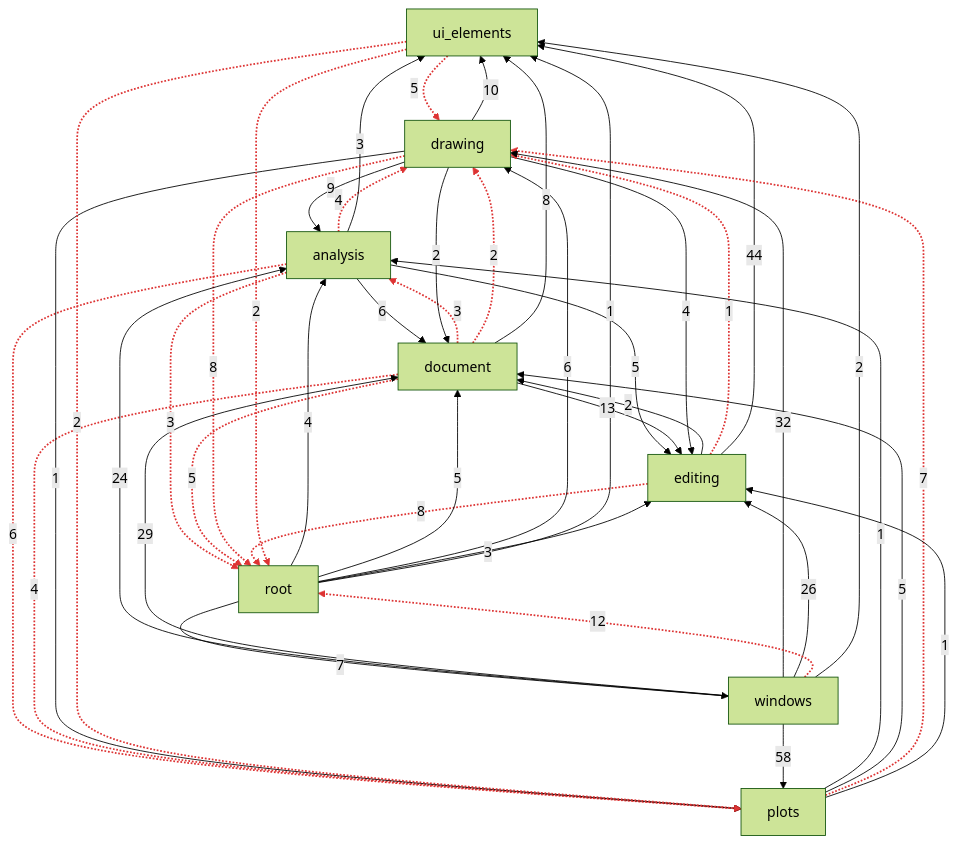
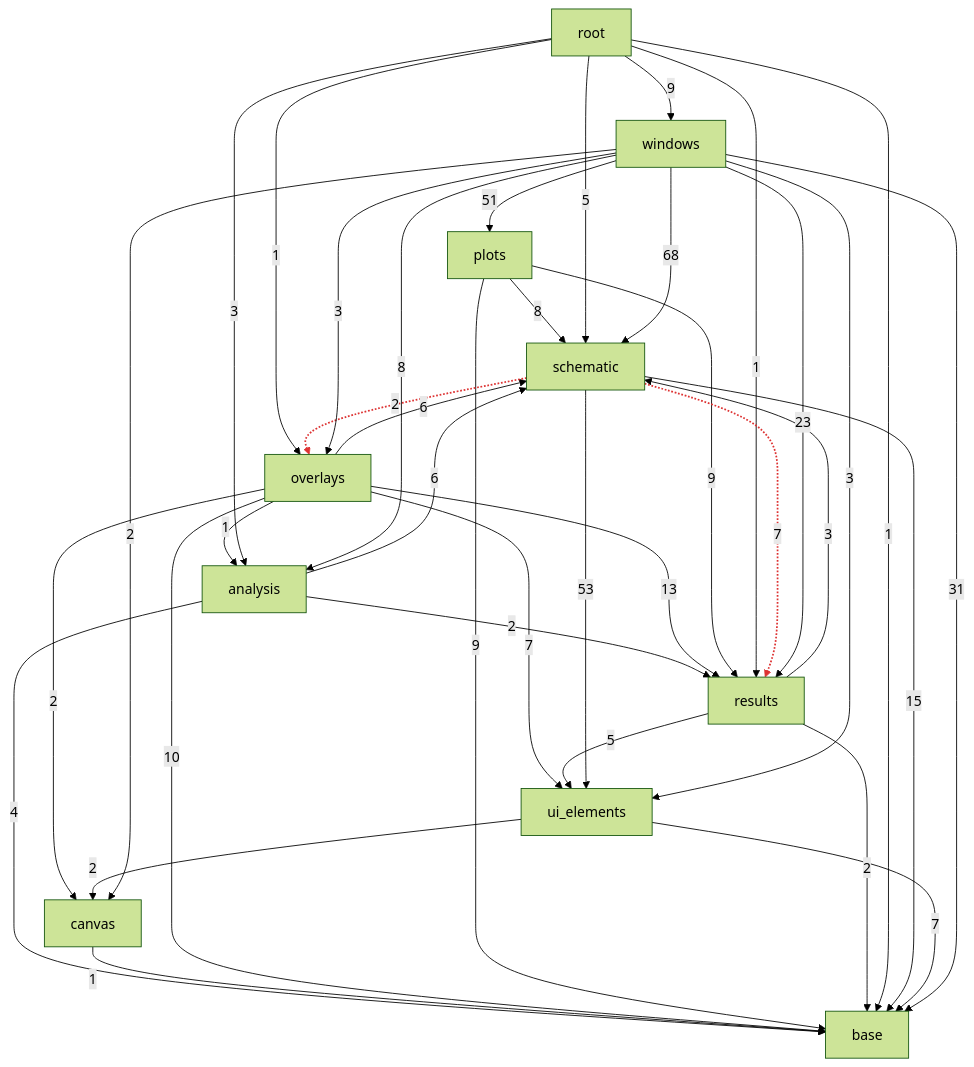
The third of 3 diagrams in docs/architecture.md (ronnymilleo/imcsim), drawn with Mermaid (forest theme) before and after one commit. The commit also changed other lines of this file and 356 other files, not shown here.

Commit message:
Move the app-gui folders into layers, from base up to windows

````diff
--- a/docs/architecture.md
+++ b/docs/architecture.md
@@ -58,68 +58,51 @@
 ```mermaid
 flowchart TD
+    app_gui_base[base]
+    app_gui_canvas[canvas]
     app_gui_ui_elements[ui_elements]
-    app_gui_editing[editing]
-    app_gui_document[document]
+    app_gui_schematic[schematic]
+    app_gui_results[results]
     app_gui_analysis[analysis]
     app_gui_plots[plots]
-    app_gui_drawing[drawing]
+    app_gui_overlays[overlays]
     app_gui_windows[windows]
     app_gui_root[root]
-    app_gui_analysis -->|6| app_gui_document
-    app_gui_analysis -.->|4| app_gui_drawing
-    app_gui_analysis -->|5| app_gui_editing
-    app_gui_analysis -.->|6| app_gui_plots
-    app_gui_analysis -.->|3| app_gui_root
-    app_gui_analysis -->|3| app_gui_ui_elements
-    app_gui_document -.->|3| app_gui_analysis
-    app_gui_document -.->|2| app_gui_drawing
-    app_gui_document -->|13| app_gui_editing
-    app_gui_document -.->|4| app_gui_plots
-    app_gui_document -.->|5| app_gui_root
-    app_gui_document -->|8| app_gui_ui_elements
-    app_gui_drawing -->|9| app_gui_analysis
-    app_gui_drawing -->|2| app_gui_document
-    app_gui_drawing -->|4| app_gui_editing
-    app_gui_drawing -->|1| app_gui_plots
-    app_gui_drawing -.->|8| app_gui_root
-    app_gui_drawing -->|10| app_gui_ui_elements
-    app_gui_editing -->|2| app_gui_document
-    app_gui_editing -.->|1| app_gui_drawing
-    app_gui_editing -.->|8| app_gui_root
-    app_gui_editing -->|44| app_gui_ui_elements
-    app_gui_plots -->|1| app_gui_analysis
-    app_gui_plots -->|5| app_gui_document
-    app_gui_plots -.->|7| app_gui_drawing
-    app_gui_plots -->|1| app_gui_editing
-    app_gui_root -->|4| app_gui_analysis
-    app_gui_root -->|5| app_gui_document
-    app_gui_root -->|6| app_gui_drawing
-    app_gui_root -->|3| app_gui_editing
-    app_gui_root -->|1| app_gui_ui_elements
-    app_gui_root -->|7| app_gui_windows
-    app_gui_ui_elements -.->|5| app_gui_drawing
-    app_gui_ui_elements -.->|2| app_gui_plots
-    app_gui_ui_elements -.->|2| app_gui_root
-    app_gui_windows -->|24| app_gui_analysis
-    app_gui_windows -->|29| app_gui_document
-    app_gui_windows -->|32| app_gui_drawing
-    app_gui_windows -->|26| app_gui_editing
-    app_gui_windows -->|58| app_gui_plots
-    app_gui_windows -.->|12| app_gui_root
-    app_gui_windows -->|2| app_gui_ui_elements
-    linkStyle 1 stroke:#d33,stroke-width:2px
-    linkStyle 3 stroke:#d33,stroke-width:2px
-    linkStyle 4 stroke:#d33,stroke-width:2px
-    linkStyle 6 stroke:#d33,stroke-width:2px
-    linkStyle 7 stroke:#d33,stroke-width:2px
-    linkStyle 9 stroke:#d33,stroke-width:2px
-    linkStyle 10 stroke:#d33,stroke-width:2px
-    linkStyle 16 stroke:#d33,stroke-width:2px
-    linkStyle 19 stroke:#d33,stroke-width:2px
-    linkStyle 20 stroke:#d33,stroke-width:2px
+    app_gui_analysis -->|4| app_gui_base
+    app_gui_analysis -->|2| app_gui_results
+    app_gui_analysis -->|6| app_gui_schematic
+    app_gui_canvas -->|1| app_gui_base
+    app_gui_overlays -->|1| app_gui_analysis
+    app_gui_overlays -->|10| app_gui_base
+    app_gui_overlays -->|2| app_gui_canvas
+    app_gui_overlays -->|13| app_gui_results
+    app_gui_overlays -->|6| app_gui_schematic
+    app_gui_overlays -->|7| app_gui_ui_elements
+    app_gui_plots -->|9| app_gui_base
+    app_gui_plots -->|9| app_gui_results
+    app_gui_plots -->|8| app_gui_schematic
+    app_gui_results -->|2| app_gui_base
+    app_gui_results -->|3| app_gui_schematic
+    app_gui_results -->|5| app_gui_ui_elements
+    app_gui_root -->|3| app_gui_analysis
+    app_gui_root -->|1| app_gui_base
+    app_gui_root -->|1| app_gui_overlays
+    app_gui_root -->|1| app_gui_results
+    app_gui_root -->|5| app_gui_schematic
+    app_gui_root -->|9| app_gui_windows
+    app_gui_schematic -->|15| app_gui_base
+    app_gui_schematic -.->|2| app_gui_overlays
+    app_gui_schematic -.->|7| app_gui_results
+    app_gui_schematic -->|53| app_gui_ui_elements
+    app_gui_ui_elements -->|7| app_gui_base
+    app_gui_ui_elements -->|2| app_gui_canvas
+    app_gui_windows -->|8| app_gui_analysis
+    app_gui_windows -->|31| app_gui_base
+    app_gui_windows -->|2| app_gui_canvas
+    app_gui_windows -->|3| app_gui_overlays
+    app_gui_windows -->|51| app_gui_plots
+    app_gui_windows -->|23| app_gui_results
+    app_gui_windows -->|68| app_gui_schematic
+    app_gui_windows -->|3| app_gui_ui_elements
+    linkStyle 23 stroke:#d33,stroke-width:2px
     linkStyle 24 stroke:#d33,stroke-width:2px
-    linkStyle 32 stroke:#d33,stroke-width:2px
-    linkStyle 33 stroke:#d33,stroke-width:2px
-    linkStyle 34 stroke:#d33,stroke-width:2px
-    linkStyle 40 stroke:#d33,stroke-width:2px
 ```
````
